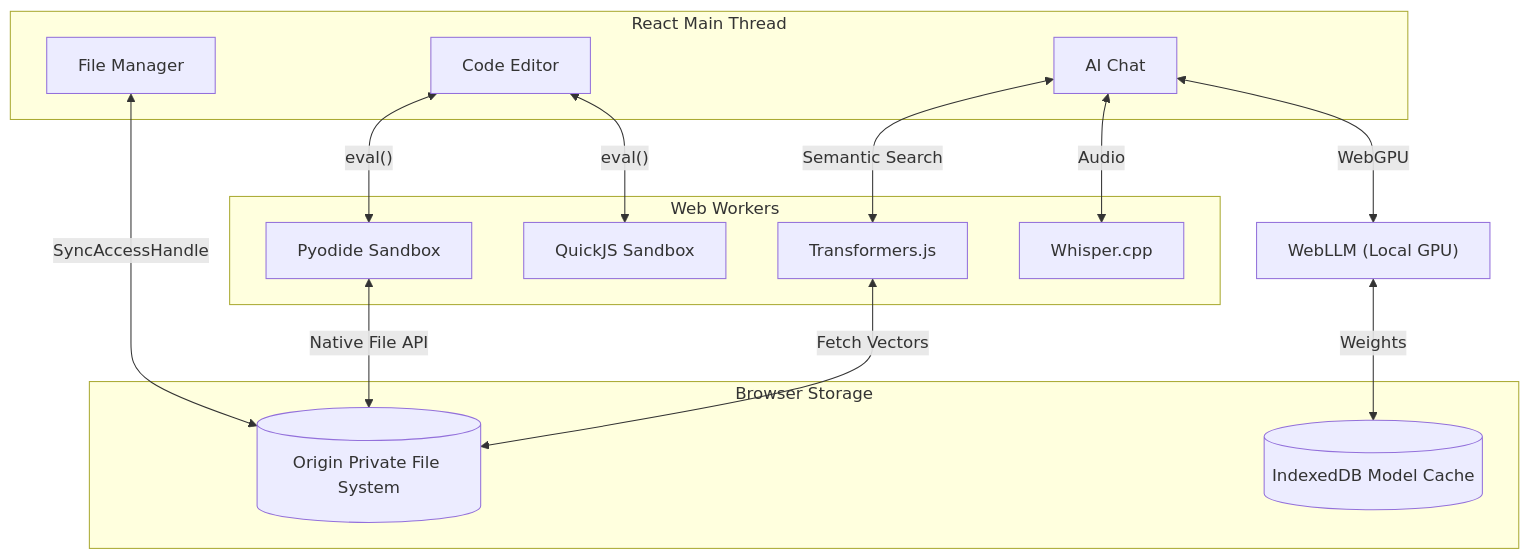
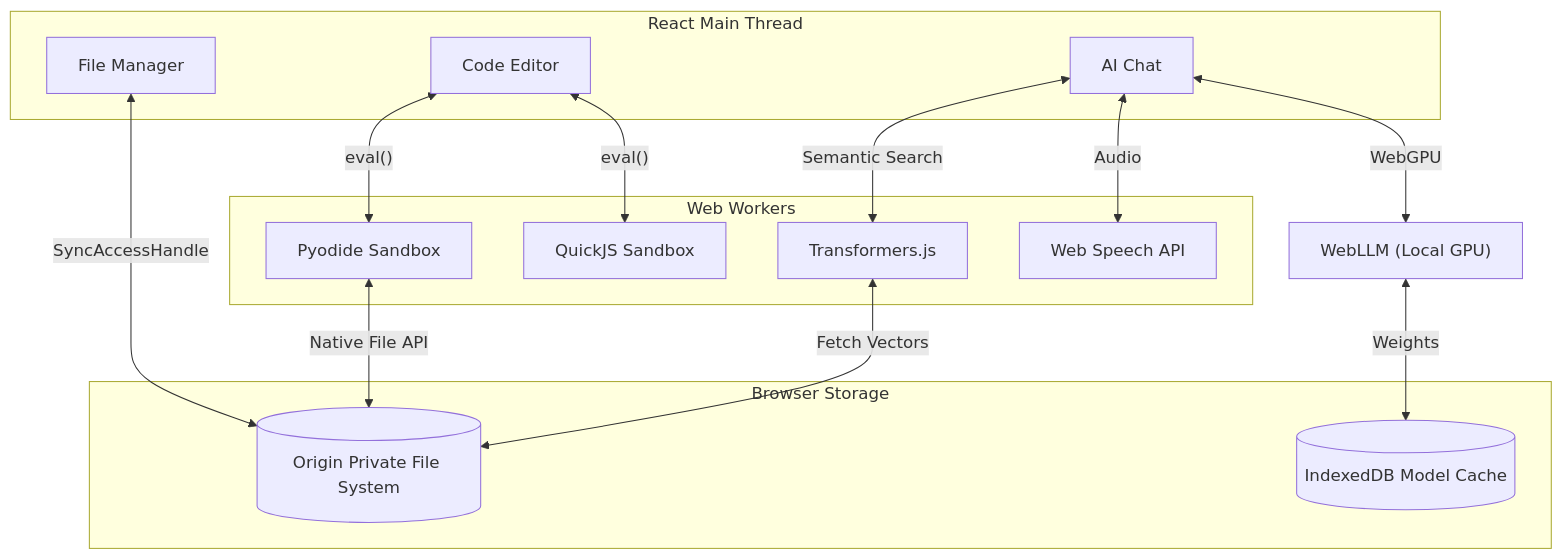
The diagram in ARCHITECTURE.md (Octahedron-apple/PageShell-Studio), drawn with Mermaid before and after one commit. The commit also changed 6 other files, not shown here.

````diff
--- a/ARCHITECTURE.md
+++ b/ARCHITECTURE.md
@@ -19,30 +19,30 @@
 ```mermaid
 graph TD
     subgraph UI["React Main Thread"]
         Editor["Code Editor"]
         FM["File Manager"]
         Chat["AI Chat"]
     end
 
     subgraph Workers["Web Workers"]
         Py["Pyodide Sandbox"]
         JS["QuickJS Sandbox"]
         RAG["Transformers.js"]
-        Whisper["Whisper.cpp"]
+        WebSpeech["Web Speech API"]
     end
 
     subgraph Storage["Browser Storage"]
         OPFS[("Origin Private File System")]
         IDB[("IndexedDB Model Cache")]
     end
 
     Editor <-->|"eval()"| Py
     Editor <-->|"eval()"| JS
     FM <-->|"SyncAccessHandle"| OPFS
     Py <-->|"Native File API"| OPFS
     Chat <-->|"WebGPU"| WebLLM["WebLLM (Local GPU)"]
-    Chat <-->|"Audio"| Whisper
+    Chat <-->|"Audio"| WebSpeech
     Chat <-->|"Semantic Search"| RAG
     RAG <-->|"Fetch Vectors"| OPFS
     WebLLM <-->|"Weights"| IDB
 ```
````
